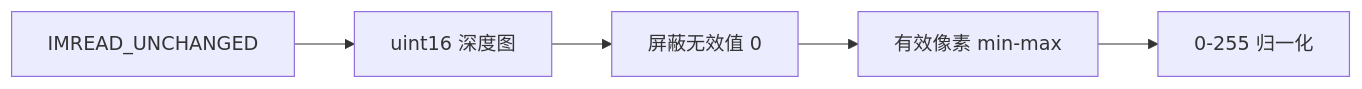
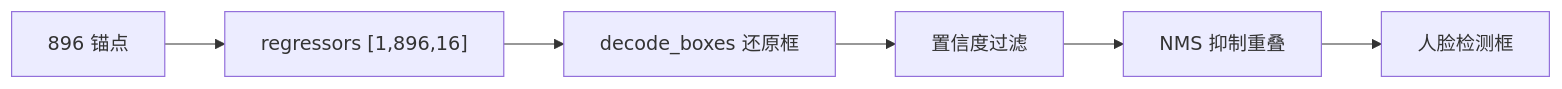
One commit to aibittek/course_generate_agent changed the fourth of 9 diagrams in courses/sheet1/robot_vision/_parts/experiment-8.md. Above: the diagram before and after it, drawn with Mermaid. The commit also changed other lines of this file and 98 other files, not shown here.

````diff
--- a/courses/sheet1/robot_vision/_parts/experiment-8.md
+++ b/courses/sheet1/robot_vision/_parts/experiment-8.md
@@ -215,7 +264,8 @@
 ```mermaid
 graph LR
-    A[IMREAD_UNCHANGED] --> B[uint16 深度图]
-    B --> C[屏蔽无效值 0]
-    C --> D[有效像素 min-max]
-    D --> E[0-255 归一化]
+    A[896 锚点] --> B["regressors [1,896,16]"]
+    B --> C[decode_boxes 还原框]
+    C --> D[置信度过滤]
+    D --> E[NMS 抑制重叠]
+    E --> F[人脸检测框]
 ```
````
